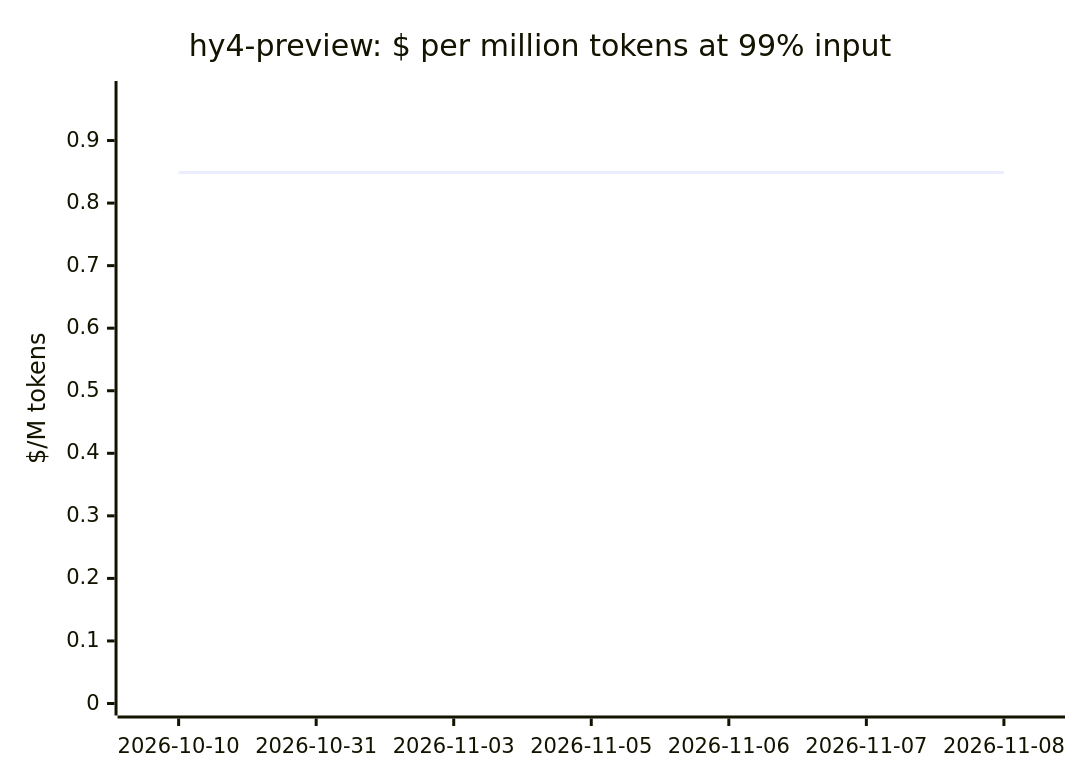
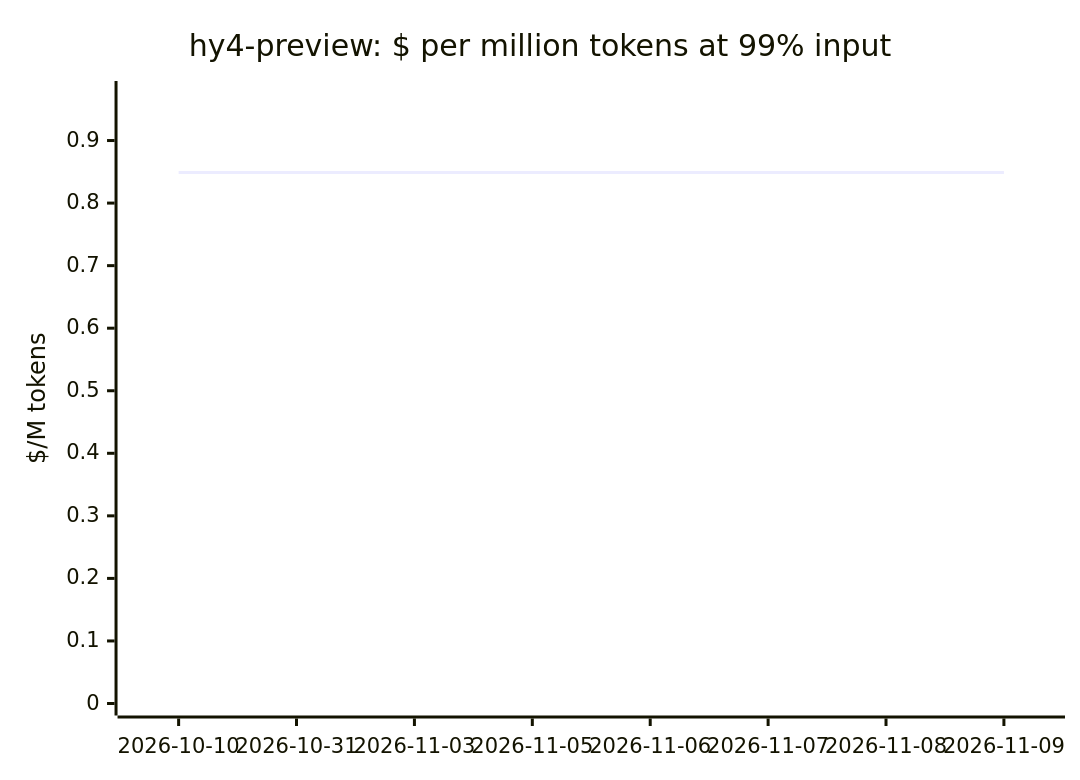
Diagram 17 of 20 in docs/openrouter-models.md (cklukas/OMEGA_TRANSFORM), drawn with Mermaid before and after one commit. The commit also changed other lines of this file and 47 other files, not shown here.

````diff
--- a/docs/openrouter-models.md
+++ b/docs/openrouter-models.md
@@ -286,7 +286,7 @@
 ```mermaid
 xychart-beta
     title "hy4-preview: $ per million tokens at 99% input"
-    x-axis ["2026-10-10", "2026-10-31", "2026-11-03", "2026-11-05", "2026-11-06", "2026-11-07", "2026-11-08"]
+    x-axis ["2026-10-10", "2026-10-31", "2026-11-03", "2026-11-05", "2026-11-06", "2026-11-07", "2026-11-08", "2026-11-09"]
     y-axis "$/M tokens" 0 --> 0.976
-    line [0.8489, 0.8489, 0.8489, 0.8489, 0.8489, 0.8489, 0.8489]
+    line [0.849, 0.849, 0.849, 0.849, 0.849, 0.849, 0.849, 0.849]
 ```
````
